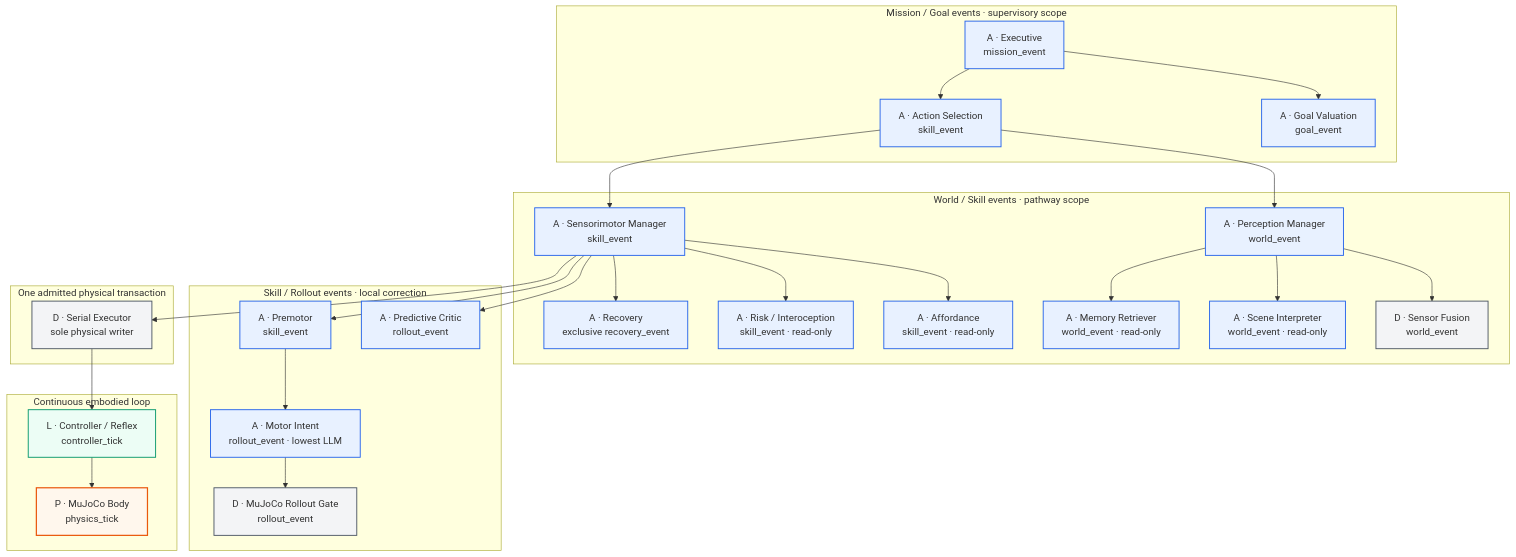
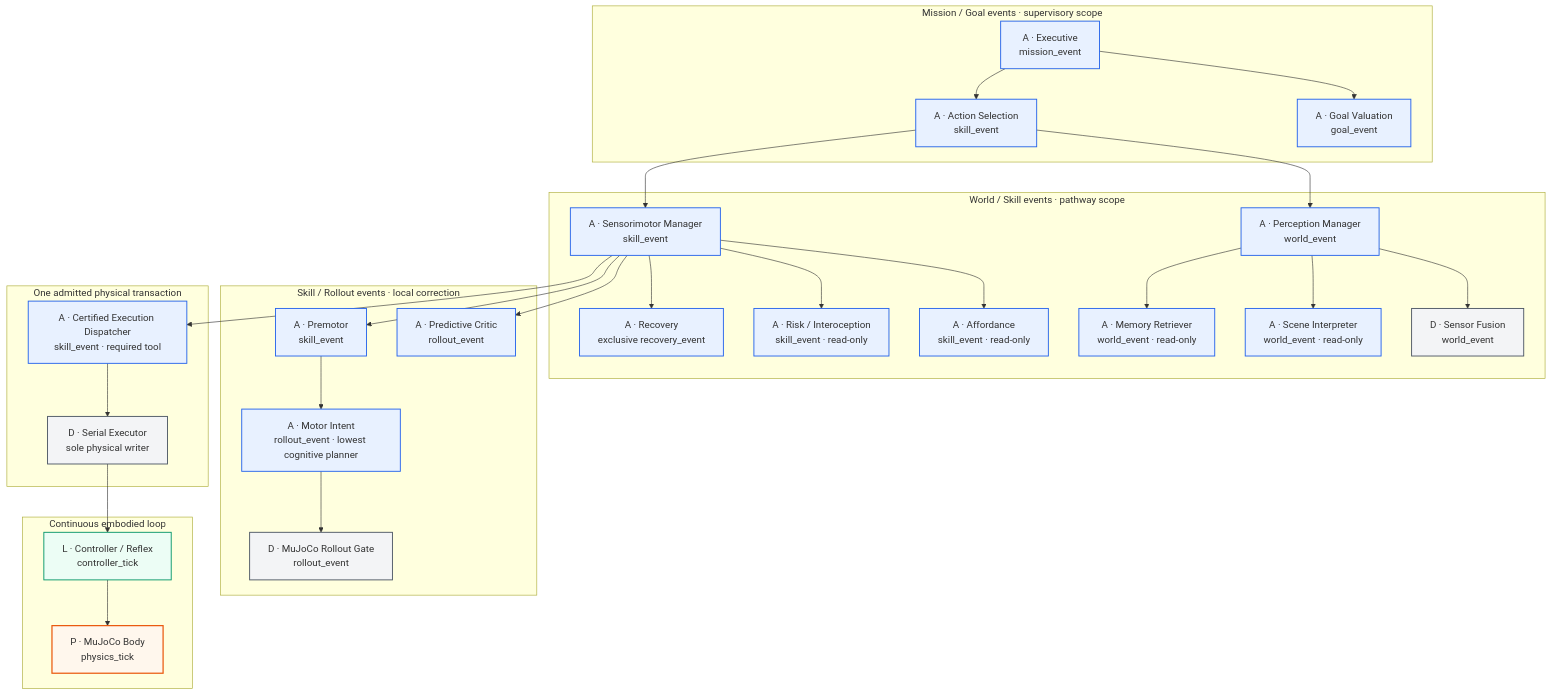
Before and after one commit to multi-zhangyang/hear-3d-robot: the second of 7 diagrams in docs/architecture/neural-hierarchy-v3.md, drawn with Mermaid. The commit also changed other lines of this file and 19 other files, not shown here.

Commit message:
feat: add certified neural execution dispatcher

````diff
--- a/docs/architecture/neural-hierarchy-v3.md
+++ b/docs/architecture/neural-hierarchy-v3.md
@@ -206,61 +211,62 @@
 ```mermaid
 flowchart TB
     subgraph T0["Mission / Goal events · supervisory scope"]
       E3["A · Executive\nmission_event"]
       G3["A · Goal Valuation\ngoal_event"]
       AS3["A · Action Selection\nskill_event"]
       E3 --> G3
       E3 --> AS3
     end
 
     subgraph T1["World / Skill events · pathway scope"]
       PA3["A · Perception Manager\nworld_event"]
       SF3["D · Sensor Fusion\nworld_event"]
       SI3["A · Scene Interpreter\nworld_event · read-only"]
       MR3["A · Memory Retriever\nworld_event · read-only"]
       SM3["A · Sensorimotor Manager\nskill_event"]
       AF3["A · Affordance\nskill_event · read-only"]
       RI3["A · Risk / Interoception\nskill_event · read-only"]
       RC3["A · Recovery\nexclusive recovery_event"]
       AS3 --> PA3
       AS3 --> SM3
       PA3 --> SF3
       PA3 --> SI3
       PA3 --> MR3
       SM3 --> AF3
       SM3 --> RI3
       SM3 --> RC3
     end
 
     subgraph T2["Skill / Rollout events · local correction"]
       CP3["A · Predictive Critic\nrollout_event"]
       PM3["A · Premotor\nskill_event"]
-      MI3["A · Motor Intent\nrollout_event · lowest LLM"]
+      MI3["A · Motor Intent\nrollout_event · lowest cognitive planner"]
       RG3["D · MuJoCo Rollout Gate\nrollout_event"]
       SM3 --> CP3
       SM3 --> PM3
       PM3 --> MI3
       MI3 --> RG3
     end
 
     subgraph T3["One admitted physical transaction"]
+      ED3["A · Certified Execution Dispatcher\nskill_event · required tool"]
       EX3["D · Serial Executor\nsole physical writer"]
-      SM3 --> EX3
+      SM3 --> ED3 --> EX3
     end
 
     subgraph T4["Continuous embodied loop"]
       CR3["L · Controller / Reflex\ncontroller_tick"]
       B3["P · MuJoCo Body\nphysics_tick"]
       EX3 --> CR3
       CR3 --> B3
     end
 
     classDef model fill:#e8f1ff,stroke:#2563eb,stroke-width:1.5px
     classDef deterministic fill:#f3f4f6,stroke:#4b5563,stroke-width:1.5px
     classDef learned fill:#ecfdf5,stroke:#059669,stroke-width:1.5px
     classDef plant fill:#fff7ed,stroke:#ea580c,stroke-width:2px
-    class E3,G3,AS3,PA3,SI3,MR3,SM3,AF3,RI3,RC3,CP3,PM3,MI3 model
+    class E3,G3,AS3,PA3,SI3,MR3,SM3,AF3,RI3,RC3,CP3,PM3,MI3,ED3 model
     class SF3,RG3,EX3 deterministic
     class CR3 learned
     class B3 plant
 ```
````
